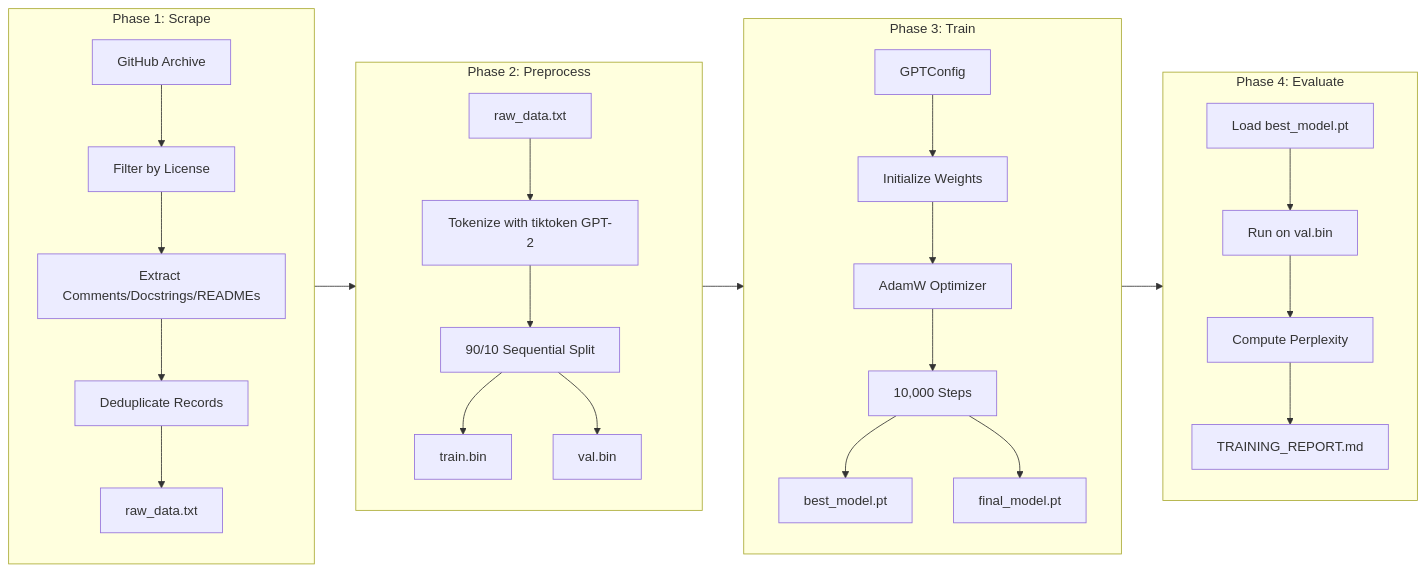
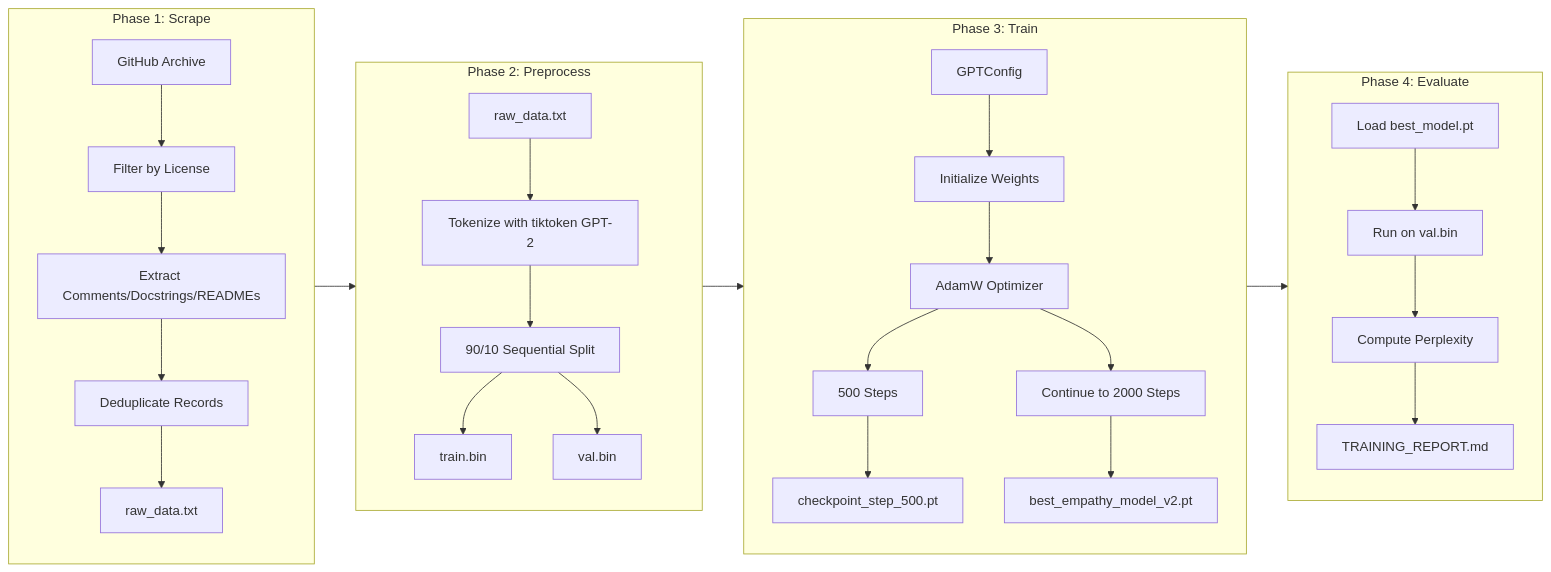
The fourth of 15 diagrams in README.md (bharqav/SLM), drawn with Mermaid before and after one commit. The commit also changed other lines of this file and 51 other files, not shown here.

````diff
--- a/README.md
+++ b/README.md
@@ -376,34 +387,35 @@
 ```mermaid
 flowchart LR
     subgraph Scrape[Phase 1: Scrape]
         S1[GitHub Archive] --> S2[Filter by License]
         S2 --> S3[Extract Comments/Docstrings/READMEs]
         S3 --> S4[Deduplicate Records]
         S4 --> S5[raw_data.txt]
     end
 
     subgraph Preprocess[Phase 2: Preprocess]
         P1[raw_data.txt] --> P2[Tokenize with tiktoken GPT-2]
         P2 --> P3[90/10 Sequential Split]
         P3 --> P4[train.bin]
         P3 --> P5[val.bin]
     end
 
     subgraph Train[Phase 3: Train]
         T1[GPTConfig] --> T2[Initialize Weights]
         T2 --> T3[AdamW Optimizer]
-        T3 --> T4[10,000 Steps]
-        T4 --> T5[best_model.pt]
-        T4 --> T6[final_model.pt]
+        T3 --> T4[500 Steps]
+        T4 --> T5[checkpoint_step_500.pt]
+        T3 --> T6[Continue to 2000 Steps]
+        T6 --> T7[best_empathy_model_v2.pt]
     end
 
     subgraph Evaluate[Phase 4: Evaluate]
         E1[Load best_model.pt] --> E2[Run on val.bin]
         E2 --> E3[Compute Perplexity]
         E3 --> E4[TRAINING_REPORT.md]
     end
 
     Scrape --> Preprocess
     Preprocess --> Train
     Train --> Evaluate
 ```
````
